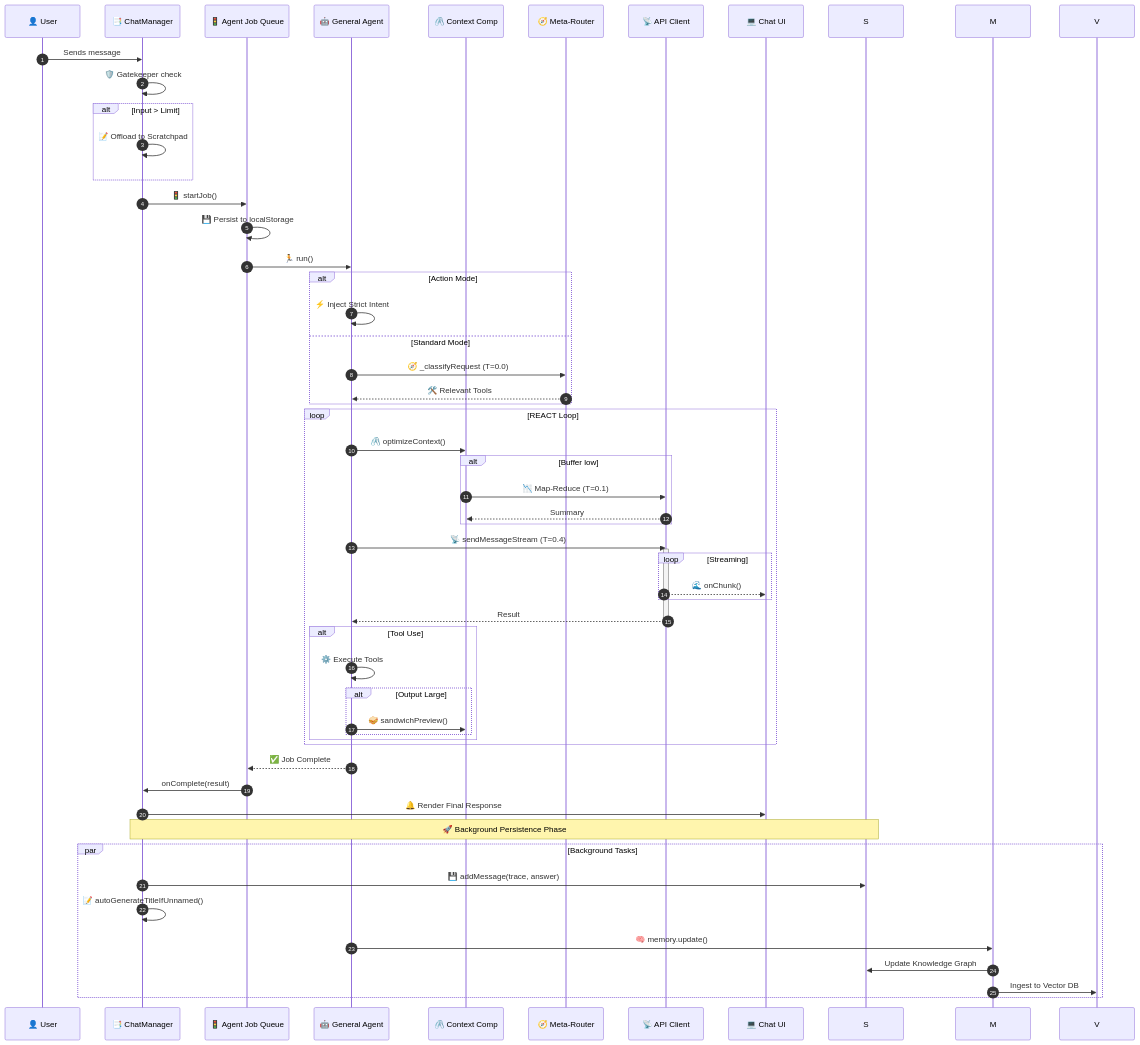
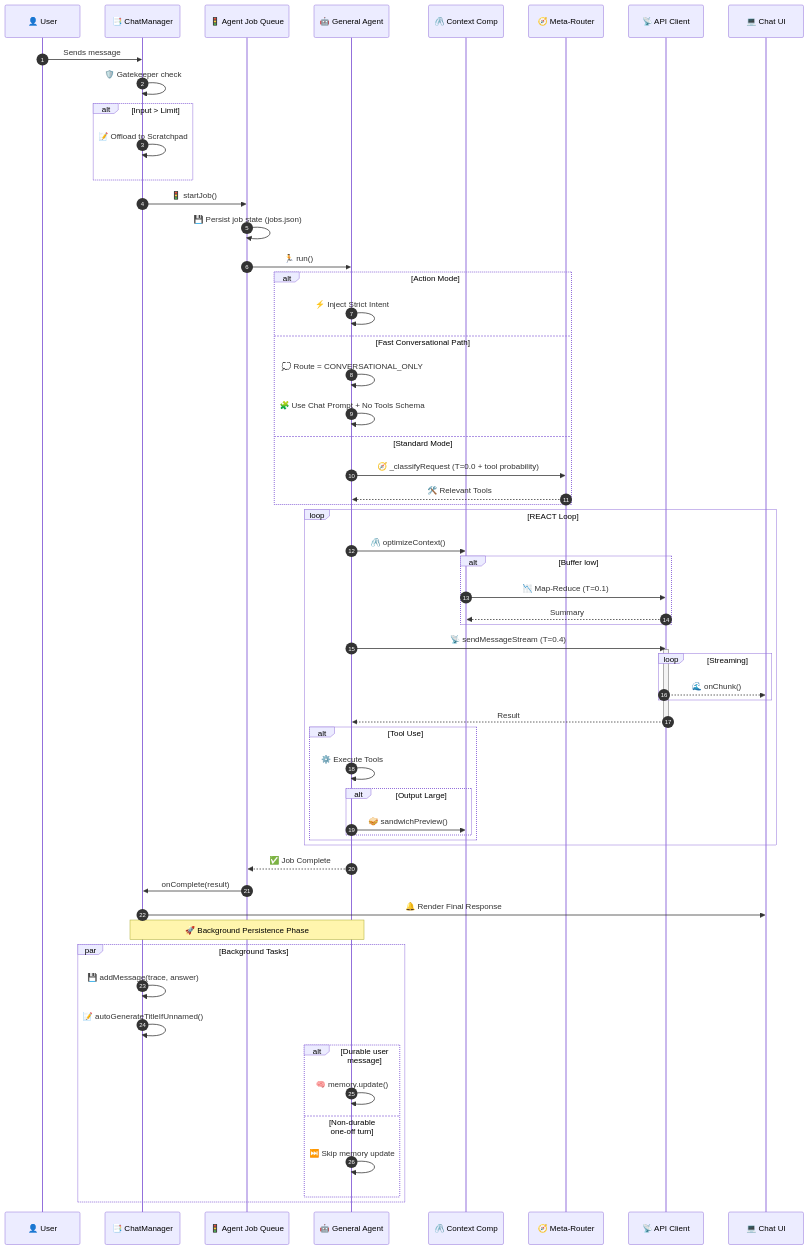
The diagram in docs/agentic/Workflow.md (rzafiamy/cowork), drawn with Mermaid before and after one commit. The commit also changed other lines of this file and 13 other files, not shown here.

````diff
--- a/docs/agentic/Workflow.md
+++ b/docs/agentic/Workflow.md
@@ -60,67 +71,72 @@
 ```mermaid
 sequenceDiagram
     autonumber
     participant User as 👤 User
     participant CM as 📑 ChatManager
     participant JobMgr as 🚦 Agent Job Queue
     participant Agent as 🤖 General Agent
     participant Comp as 🖇️ Context Comp
     participant Router as 🧭 Meta-Router
     participant API as 📡 API Client
     participant UI as 💻 Chat UI
 
     User->>CM: Sends message
     
     CM->>CM: 🛡️ Gatekeeper check
     alt Input > Limit
         CM->>CM: 📝 Offload to Scratchpad
     end
     
     CM->>JobMgr: 🚦 startJob()
-    JobMgr->>JobMgr: 💾 Persist to localStorage
+    JobMgr->>JobMgr: 💾 Persist job state (jobs.json)
     
     JobMgr->>Agent: 🏃 run()
     
     alt Action Mode
         Agent->>Agent: ⚡ Inject Strict Intent
+    else Fast Conversational Path
+        Agent->>Agent: 💭 Route = CONVERSATIONAL_ONLY
+        Agent->>Agent: 🧩 Use Chat Prompt + No Tools Schema
     else Standard Mode
-        Agent->>Router: 🧭 _classifyRequest (T=0.0)
+        Agent->>Router: 🧭 _classifyRequest (T=0.0 + tool probability)
         Router-->>Agent: 🛠️ Relevant Tools
     end
     
     loop REACT Loop
         Agent->>Comp: 🖇️ optimizeContext()
         alt Buffer low
             Comp->>API: 📉 Map-Reduce (T=0.1)
             API-->>Comp: Summary
         end
         
         Agent->>API: 📡 sendMessageStream (T=0.4)
         activate API
         loop Streaming
             API-->>UI: 🌊 onChunk()
         end
         API-->>Agent: Result
         deactivate API
         
         alt Tool Use
             Agent->>Agent: ⚙️ Execute Tools
             alt Output Large
                 Agent->>Comp: 🥪 sandwichPreview()
             end
         end
     end
     
     Agent-->>JobMgr: ✅ Job Complete
     JobMgr->>CM: onComplete(result)
     CM->>UI: 🔔 Render Final Response
     
-    Note over CM,S: 🚀 Background Persistence Phase
+    Note over CM,Agent: 🚀 Background Persistence Phase
     par Background Tasks
-        CM->>S: 💾 addMessage(trace, answer)
+        CM->>CM: 💾 addMessage(trace, answer)
         CM->>CM: 📝 autoGenerateTitleIfUnnamed()
-        Agent->>M: 🧠 memory.update()
-        M->>S: Update Knowledge Graph
-        M->>V: Ingest to Vector DB
+        alt Durable user message
+            Agent->>Agent: 🧠 memory.update()
+        else Non-durable one-off turn
+            Agent->>Agent: ⏭️ Skip memory update
+        end
     end
 ```
````
